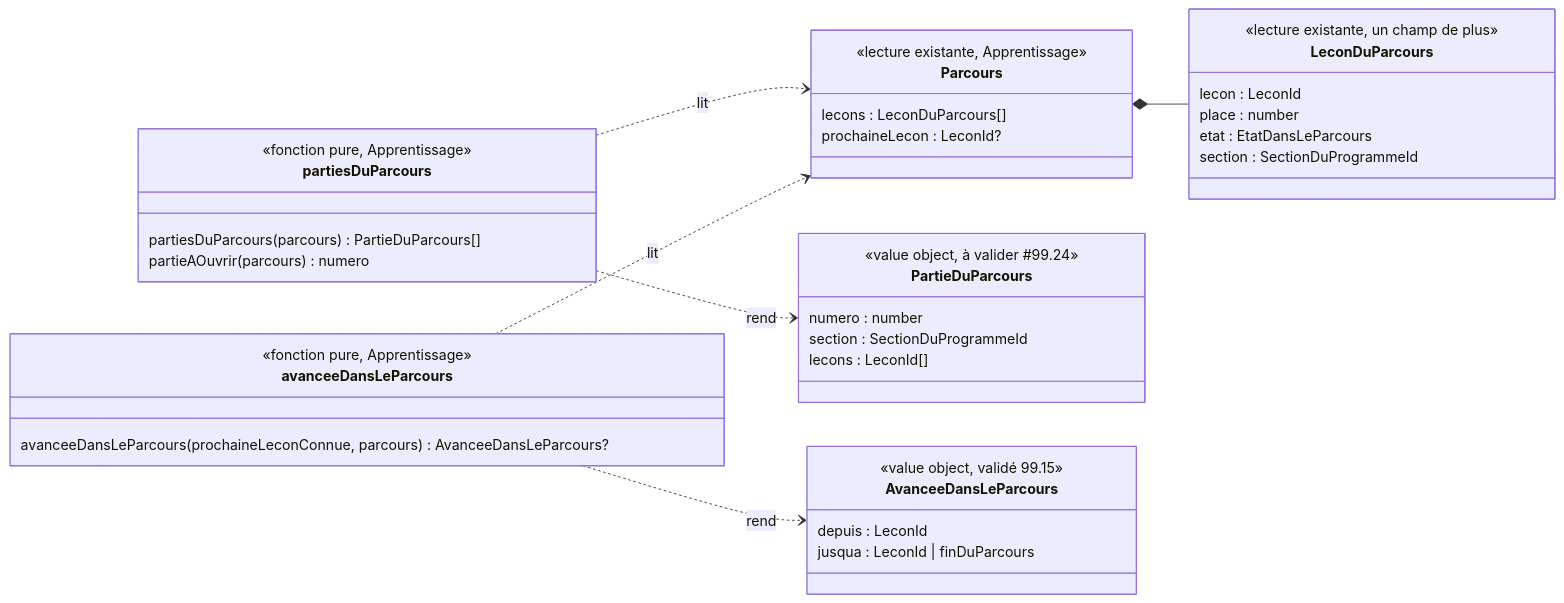
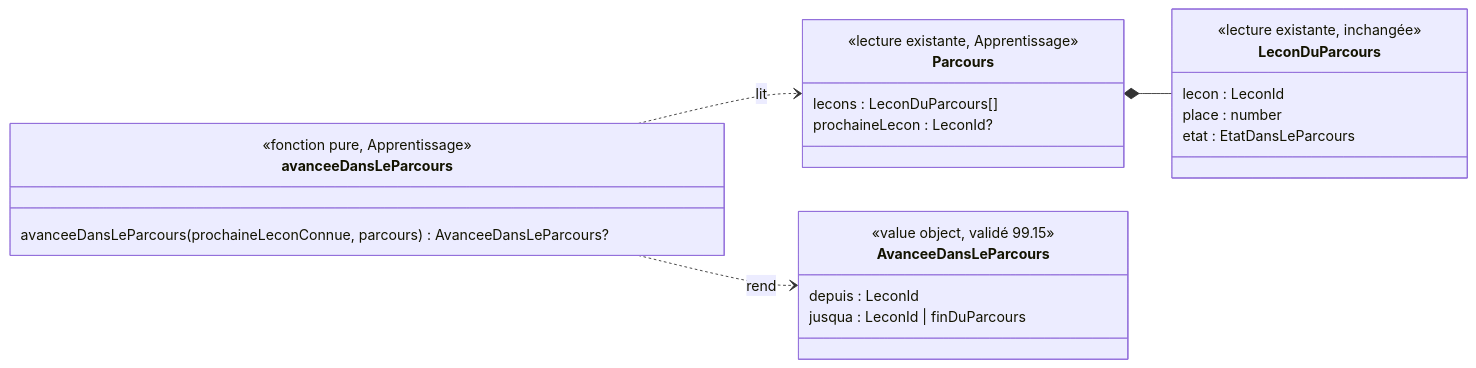
One commit to SBA-dev/github-move changed the diagram in docs/stories/99/domain-model.md. Above: the diagram before and after it, drawn with Mermaid. The commit also changed other lines of this file and 1 other file, not shown here.

````diff
--- a/docs/stories/99/domain-model.md
+++ b/docs/stories/99/domain-model.md
@@ -114,41 +108,27 @@
 ```mermaid
 classDiagram
   direction LR
   class Parcours {
     <<lecture existante, Apprentissage>>
     lecons : LeconDuParcours[]
     prochaineLecon : LeconId?
   }
   class LeconDuParcours {
-    <<lecture existante, un champ de plus>>
+    <<lecture existante, inchangée>>
     lecon : LeconId
     place : number
     etat : EtatDansLeParcours
-    section : SectionDuProgrammeId
-  }
-  class PartieDuParcours {
-    <<value object, à valider #99.24>>
-    numero : number
-    section : SectionDuProgrammeId
-    lecons : LeconId[]
   }
   class AvanceeDansLeParcours {
     <<value object, validé 99.15>>
     depuis : LeconId
     jusqua : LeconId | finDuParcours
   }
-  class partiesDuParcours {
-    <<fonction pure, Apprentissage>>
-    partiesDuParcours(parcours) PartieDuParcours[]
-    partieAOuvrir(parcours) numero
-  }
   class avanceeDansLeParcours {
     <<fonction pure, Apprentissage>>
     avanceeDansLeParcours(prochaineLeconConnue, parcours) AvanceeDansLeParcours?
   }
   Parcours *-- LeconDuParcours
-  partiesDuParcours ..> Parcours : lit
-  partiesDuParcours ..> PartieDuParcours : rend
   avanceeDansLeParcours ..> Parcours : lit
   avanceeDansLeParcours ..> AvanceeDansLeParcours : rend
 ```
````
